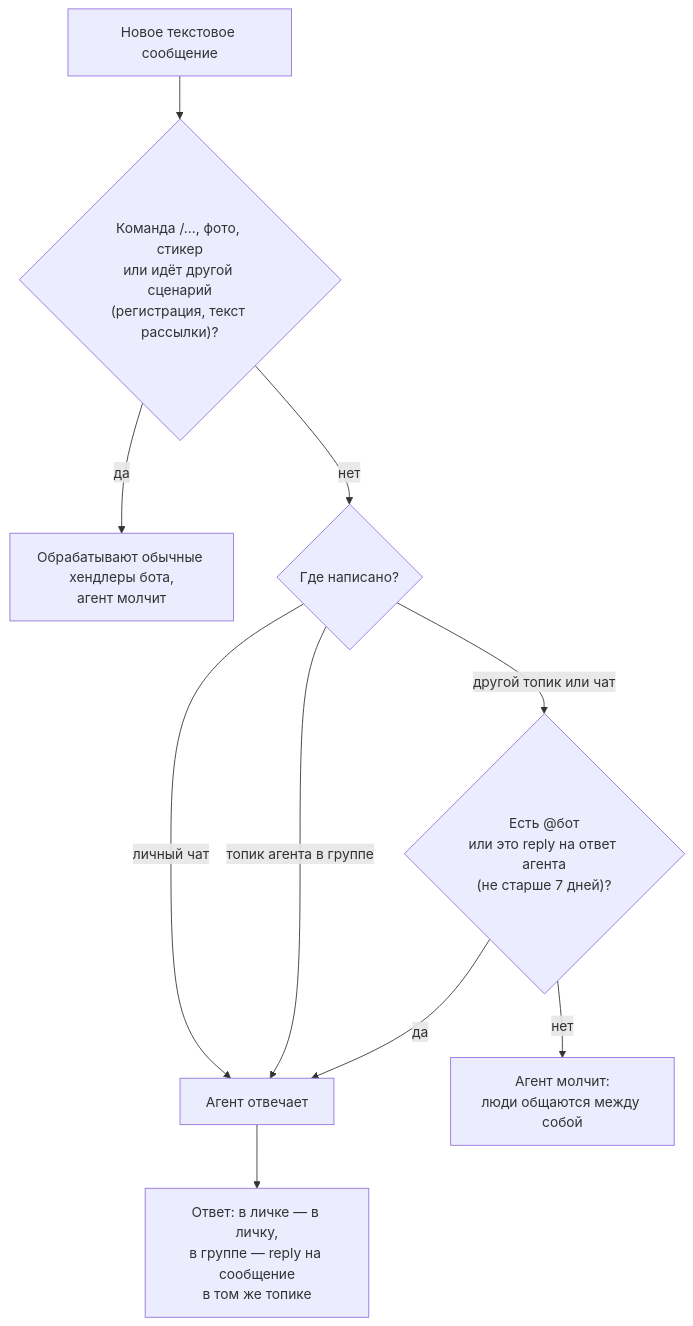
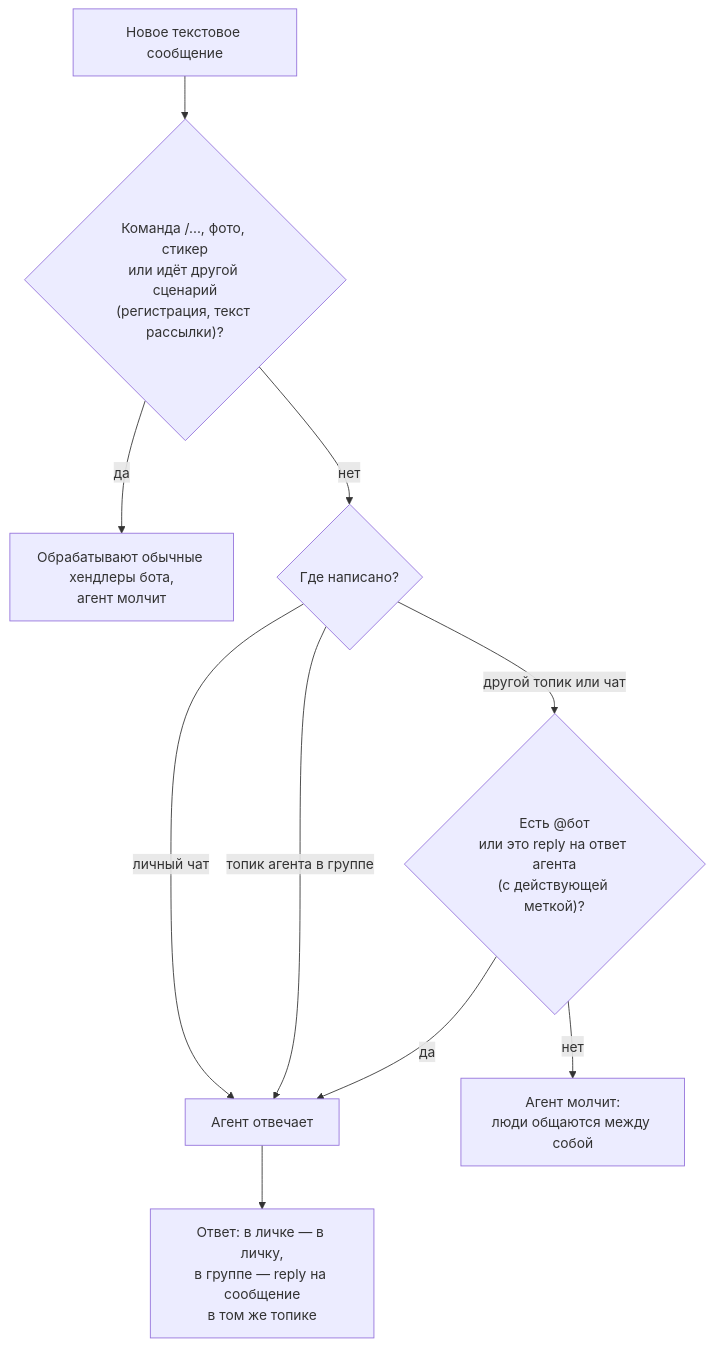
The first of 2 diagrams in docs-project/docs/user-guide/ai-agent.md (denis-sj/PyBot-ITAcadem), drawn with Mermaid before and after one commit. The commit also changed other lines of this file and 1 other file, not shown here.

Commit message:
docs(agent): описать ИИ-агента в README и документации

````diff
--- a/docs-project/docs/user-guide/ai-agent.md
+++ b/docs-project/docs/user-guide/ai-agent.md
@@ -31,12 +31,12 @@
 ```mermaid
 flowchart TD
     A["Новое текстовое сообщение"] --> B{"Команда /..., фото, стикер<br/>или идёт другой сценарий<br/>(регистрация, текст рассылки)?"}
     B -- да --> X["Обрабатывают обычные хендлеры бота,<br/>агент молчит"]
     B -- нет --> C{"Где написано?"}
     C -- "личный чат" --> OK["Агент отвечает"]
     C -- "топик агента в группе" --> OK
-    C -- "другой топик или чат" --> D{"Есть @бот<br/>или это reply на ответ агента<br/>(не старше 7 дней)?"}
+    C -- "другой топик или чат" --> D{"Есть @бот<br/>или это reply на ответ агента<br/>(с действующей меткой)?"}
     D -- да --> OK
     D -- нет --> Q["Агент молчит:<br/>люди общаются между собой"]
     OK --> R["Ответ: в личке — в личку,<br/>в группе — reply на сообщение<br/>в том же топике"]
 ```
````
